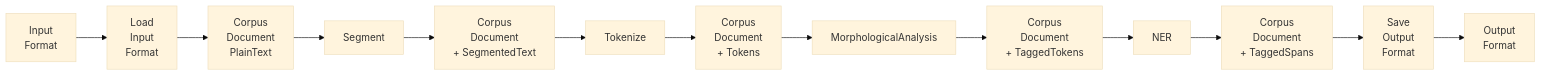
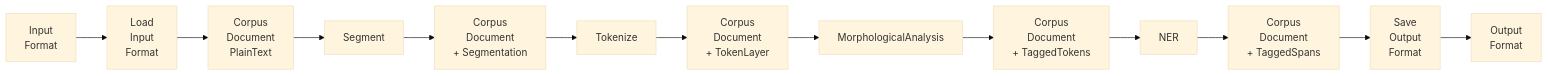
The sixth of 8 diagrams in docs/src/dev/architecture.md (ufal/linpipe), drawn with Mermaid (base theme) before and after one commit. The commit also changed other lines of this file, not shown here.

Commit message:
Update architecture overview.

````diff
--- a/docs/src/dev/architecture.md
+++ b/docs/src/dev/architecture.md
@@ -198,23 +198,23 @@
 ```mermaid
 flowchart LR
   I["Input<br/>Format"]
   Load["Load<br/>Input<br/>Format"]
   D0["Corpus<br/>Document<br/>PlainText"]
   S["Segment"]
-  D1["Corpus<br/>Document<br/>+ SegmentedText"]
+  D1["Corpus<br/>Document<br/>+ Segmentation"]
   T["Tokenize"]
-  D2["Corpus<br/>Document<br/>+ Tokens"]
+  D2["Corpus<br/>Document<br/>+ TokenLayer"]
   M["MorphologicalAnalysis"]
   D3["Corpus<br/>Document<br/>+ TaggedTokens"]
   N["NER"]
   D4["Corpus<br/>Document<br/>+ TaggedSpans"]
   Save["Save<br/>Output<br/>Format"]
   O["Output<br/>Format"]
 
   I --> Load --> D0
   D0 --> S --> D1
   D1 --> T --> D2
   D2 --> M --> D3
   D3 --> N --> D4
   D4 --> Save --> O
 ```
````
